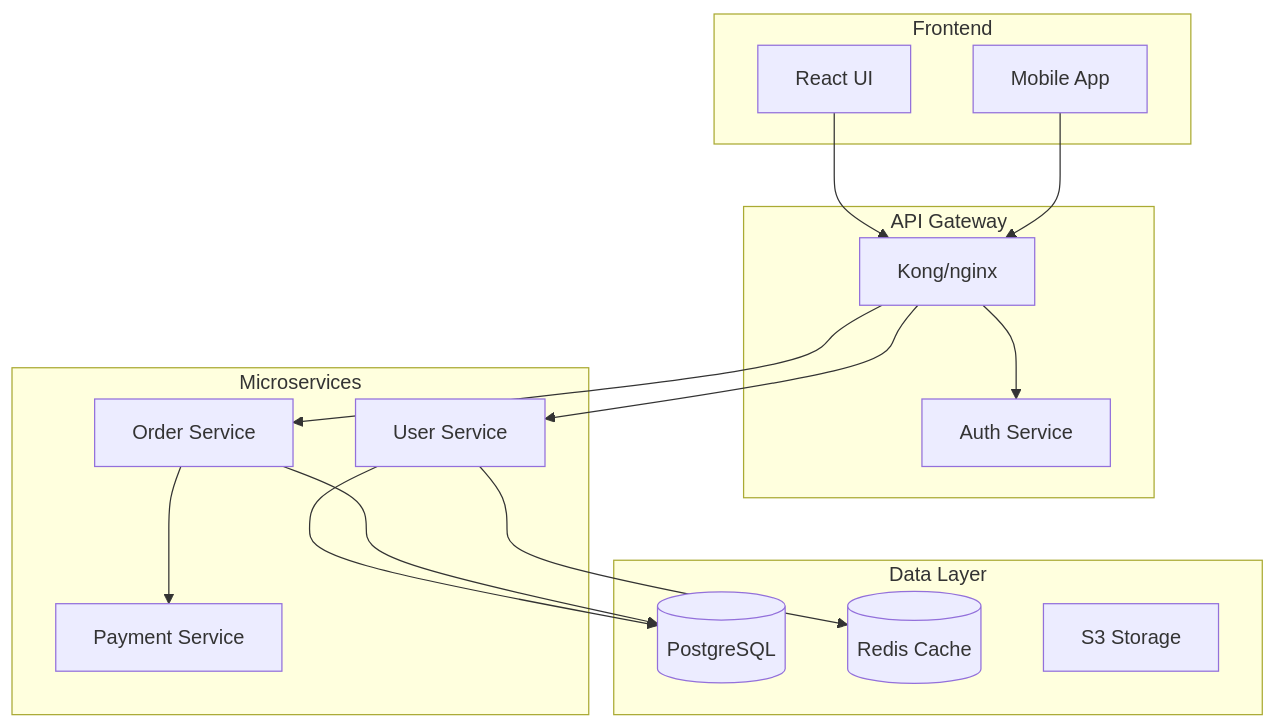
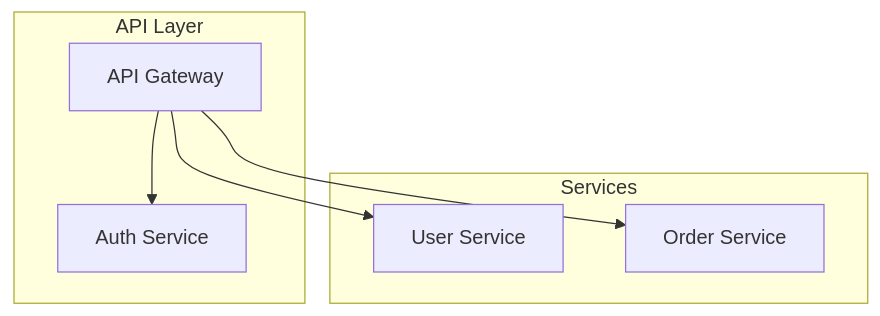
One commit to thapaliyabikendra/ai-artifacts changed the diagram in .claude/commands/generate/doc-generate.md. Above: the diagram before and after it, drawn with Mermaid. The commit also changed other lines of this file and 104 other files, not shown here.

````diff
--- a/.claude/commands/generate/doc-generate.md
+++ b/.claude/commands/generate/doc-generate.md
@@ -216,34 +58,14 @@
-```mermaid
-graph TB
-    subgraph "Frontend"
-        UI[React UI]
-        Mobile[Mobile App]
-    end
-
-    subgraph "API Gateway"
-        Gateway[Kong/nginx]
-        Auth[Auth Service]
-    end
-
-    subgraph "Microservices"
-        UserService[User Service]
-        OrderService[Order Service]
-        PaymentService[Payment Service]
-    end
-
-    subgraph "Data Layer"
-        PostgresMain[(PostgreSQL)]
-        Redis[(Redis Cache)]
-        S3[S3 Storage]
-    end
-
-    UI --> Gateway
-    Mobile --> Gateway
-    Gateway --> Auth
-    Gateway --> UserService
-    Gateway --> OrderService
-    OrderService --> PaymentService
-    UserService --> PostgresMain
-    UserService --> Redis
-    OrderService --> PostgresMain
-```
+   ```mermaid
+   graph TB
+       subgraph "API Layer"
+           Gateway[API Gateway]
+           Auth[Auth Service]
+       end
+       subgraph "Services"
+           User[User Service]
+           Order[Order Service]
+       end
+       Gateway --> Auth
+       Gateway --> User
+       Gateway --> Order
+   ```
````
